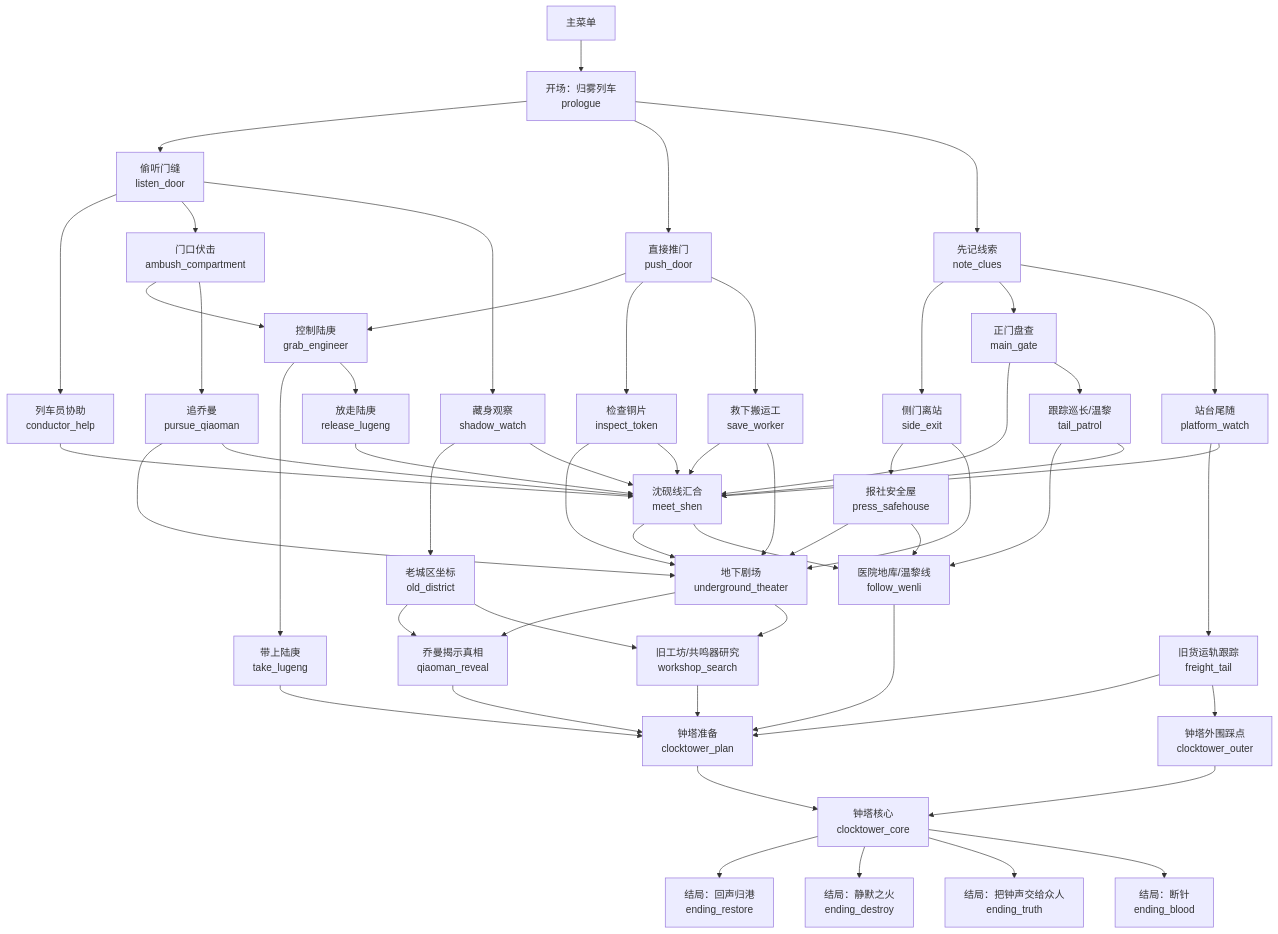
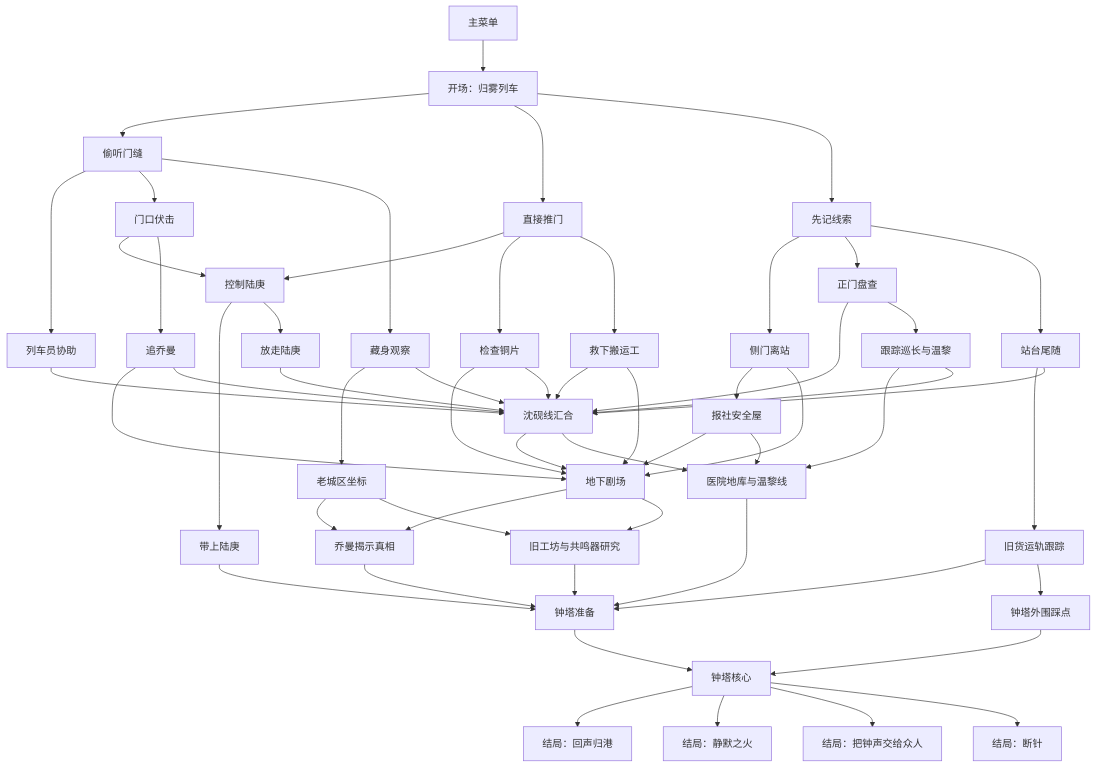
Before and after one commit to adcssa/game: the first of 6 diagrams in 剧情流程图.md, drawn with Mermaid. The commit also changed other lines of this file, not shown here.

Commit message:
Localize flowchart labels to Chinese

````diff
--- a/剧情流程图.md
+++ b/剧情流程图.md
@@ -5,69 +5,69 @@
 ```mermaid
 flowchart TD
-    A["主菜单"] --> B["开场：归雾列车<br/>prologue"]
+    A["主菜单"] --> B["开场：归雾列车"]
 
-    B --> C1["偷听门缝<br/>listen_door"]
-    B --> C2["直接推门<br/>push_door"]
-    B --> C3["先记线索<br/>note_clues"]
+    B --> C1["偷听门缝"]
+    B --> C2["直接推门"]
+    B --> C3["先记线索"]
 
-    C1 --> D1["列车员协助<br/>conductor_help"]
-    C1 --> D2["门口伏击<br/>ambush_compartment"]
-    C1 --> D3["藏身观察<br/>shadow_watch"]
+    C1 --> D1["列车员协助"]
+    C1 --> D2["门口伏击"]
+    C1 --> D3["藏身观察"]
 
-    C2 --> E1["控制陆庚<br/>grab_engineer"]
-    C2 --> E2["检查铜片<br/>inspect_token"]
-    C2 --> E3["救下搬运工<br/>save_worker"]
+    C2 --> E1["控制陆庚"]
+    C2 --> E2["检查铜片"]
+    C2 --> E3["救下搬运工"]
 
-    C3 --> F1["侧门离站<br/>side_exit"]
-    C3 --> F2["正门盘查<br/>main_gate"]
-    C3 --> F3["站台尾随<br/>platform_watch"]
+    C3 --> F1["侧门离站"]
+    C3 --> F2["正门盘查"]
+    C3 --> F3["站台尾随"]
 
-    D1 --> G["沈砚线汇合<br/>meet_shen"]
+    D1 --> G["沈砚线汇合"]
     D2 --> E1
-    D2 --> H1["追乔曼<br/>pursue_qiaoman"]
-    D3 --> I1["老城区坐标<br/>old_district"]
+    D2 --> H1["追乔曼"]
+    D3 --> I1["老城区坐标"]
     D3 --> G
 
-    E1 --> J1["带上陆庚<br/>take_lugeng"]
-    E1 --> J2["放走陆庚<br/>release_lugeng"]
-    E2 --> K["地下剧场<br/>underground_theater"]
+    E1 --> J1["带上陆庚"]
+    E1 --> J2["放走陆庚"]
+    E2 --> K["地下剧场"]
     E2 --> G
     E3 --> G
     E3 --> K
 
-    F1 --> L["报社安全屋<br/>press_safehouse"]
+    F1 --> L["报社安全屋"]
     F1 --> K
     F2 --> G
-    F2 --> M["跟踪巡长/温黎<br/>tail_patrol"]
-    F3 --> N["旧货运轨跟踪<br/>freight_tail"]
+    F2 --> M["跟踪巡长与温黎"]
+    F3 --> N["旧货运轨跟踪"]
     F3 --> G
 
     H1 --> K
     H1 --> G
-    I1 --> O["乔曼揭示真相<br/>qiaoman_reveal"]
-    I1 --> P["旧工坊/共鸣器研究<br/>workshop_search"]
+    I1 --> O["乔曼揭示真相"]
+    I1 --> P["旧工坊与共鸣器研究"]
 
     L --> K
-    L --> Q["医院地库/温黎线<br/>follow_wenli"]
+    L --> Q["医院地库与温黎线"]
     M --> Q
     M --> G
-    N --> R["钟塔准备<br/>clocktower_plan"]
-    N --> S["钟塔外围踩点<br/>clocktower_outer"]
+    N --> R["钟塔准备"]
+    N --> S["钟塔外围踩点"]
 
     J1 --> R
     J2 --> G
     G --> K
     G --> Q
     Q --> R
     K --> O
     K --> P
     O --> R
     P --> R
-    S --> T["钟塔核心<br/>clocktower_core"]
+    S --> T["钟塔核心"]
     R --> T
 
-    T --> U1["结局：回声归港<br/>ending_restore"]
-    T --> U2["结局：静默之火<br/>ending_destroy"]
-    T --> U3["结局：把钟声交给众人<br/>ending_truth"]
-    T --> U4["结局：断针<br/>ending_blood"]
+    T --> U1["结局：回声归港"]
+    T --> U2["结局：静默之火"]
+    T --> U3["结局：把钟声交给众人"]
+    T --> U4["结局：断针"]
 ```
````
